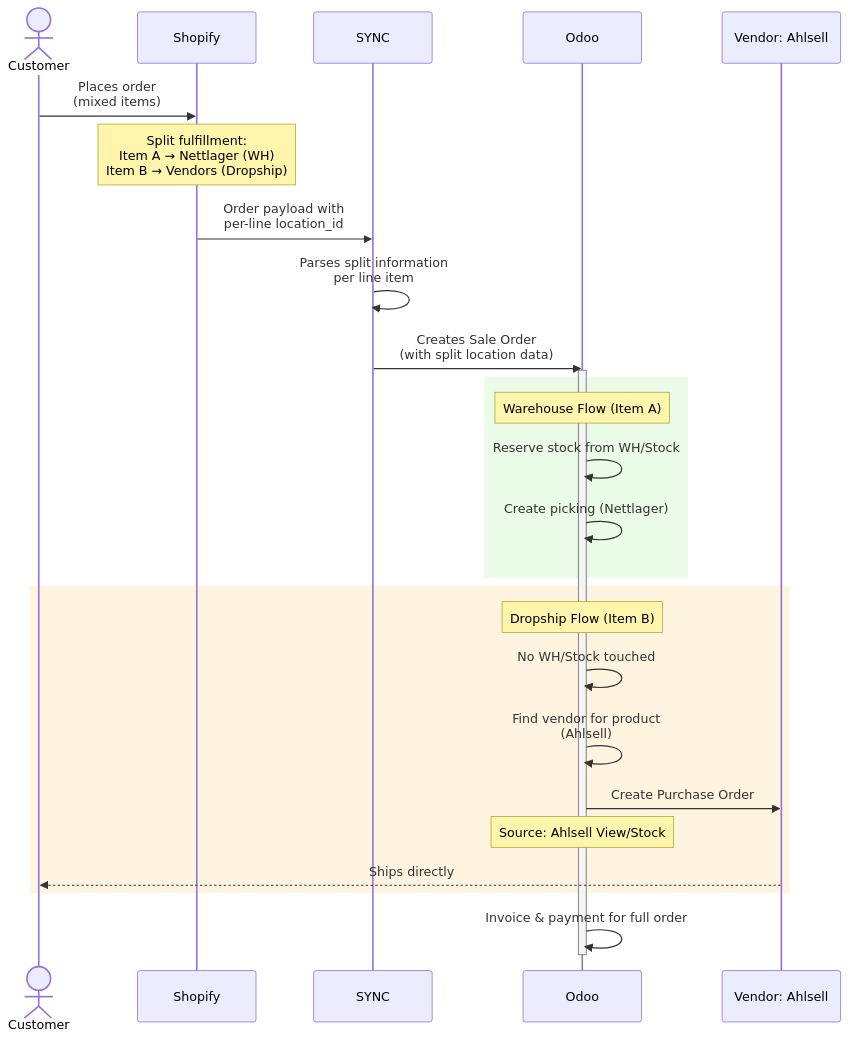
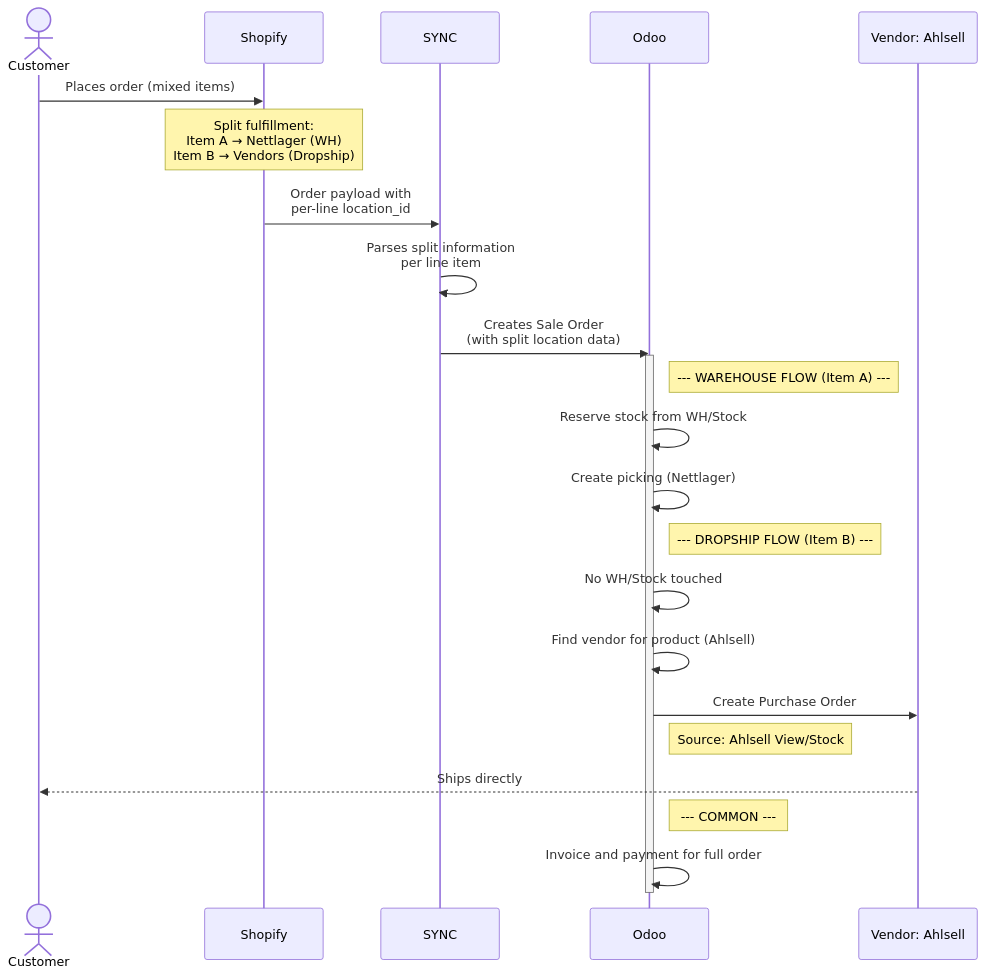
One commit to ozan-droid/documents changed the eighth of 16 diagrams in shopify-sync-odoo-scenarios.md. Above: the diagram before and after it, drawn with Mermaid. The commit also changed other lines of this file, not shown here.

````diff
--- a/shopify-sync-odoo-scenarios.md
+++ b/shopify-sync-odoo-scenarios.md
@@ -346,35 +351,32 @@
 ```mermaid
 sequenceDiagram
     actor Customer
     participant Shopify
     participant SYNC
     participant Odoo
     participant Ahlsell as Vendor: Ahlsell
 
-    Customer->>Shopify: Places order<br/>(mixed items)
+    Customer->>Shopify: Places order (mixed items)
     Note over Shopify: Split fulfillment:<br/>Item A → Nettlager (WH)<br/>Item B → Vendors (Dropship)
 
     Shopify->>SYNC: Order payload with<br/>per-line location_id
 
     SYNC->>SYNC: Parses split information<br/>per line item
     SYNC->>Odoo: Creates Sale Order<br/>(with split location data)
 
     activate Odoo
-    rect rgb(234, 251, 231)
-        Note over Odoo: Warehouse Flow (Item A)
-        Odoo->>Odoo: Reserve stock from WH/Stock
-        Odoo->>Odoo: Create picking (Nettlager)
-    end
+    Note right of Odoo: --- WAREHOUSE FLOW (Item A) ---
+    Odoo->>Odoo: Reserve stock from WH/Stock
+    Odoo->>Odoo: Create picking (Nettlager)
 
-    rect rgb(255, 244, 224)
-        Note over Odoo: Dropship Flow (Item B)
-        Odoo->>Odoo: No WH/Stock touched
-        Odoo->>Odoo: Find vendor for product<br/>(Ahlsell)
-        Odoo->>Ahlsell: Create Purchase Order
-        Note over Odoo: Source: Ahlsell View/Stock
-        Ahlsell-->>Customer: Ships directly
-    end
+    Note right of Odoo: --- DROPSHIP FLOW (Item B) ---
+    Odoo->>Odoo: No WH/Stock touched
+    Odoo->>Odoo: Find vendor for product (Ahlsell)
+    Odoo->>Ahlsell: Create Purchase Order
+    Note right of Odoo: Source: Ahlsell View/Stock
+    Ahlsell-->>Customer: Ships directly
 
-    Odoo->>Odoo: Invoice & payment for full order
+    Note right of Odoo: --- COMMON ---
+    Odoo->>Odoo: Invoice and payment for full order
     deactivate Odoo
 ```
````
